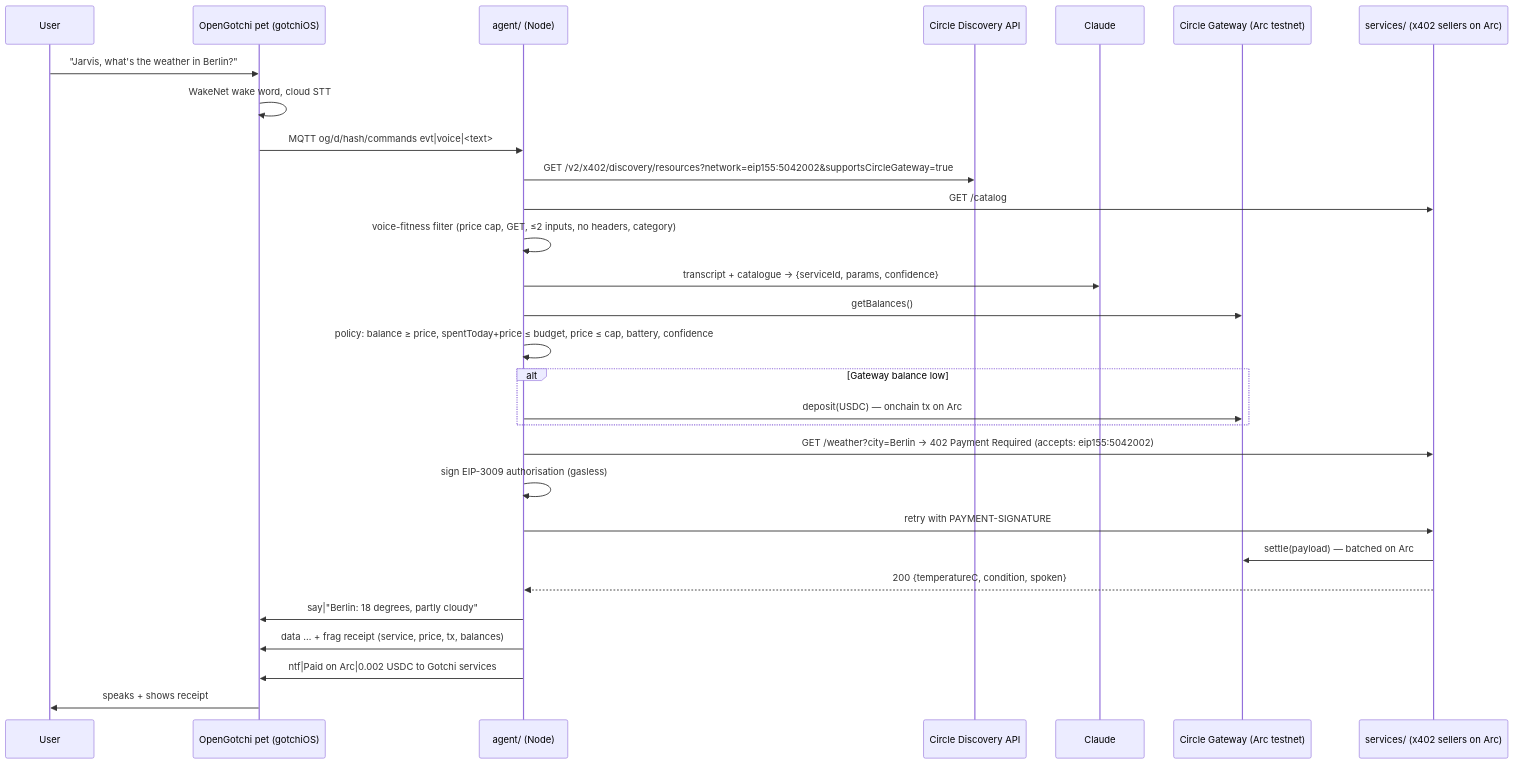
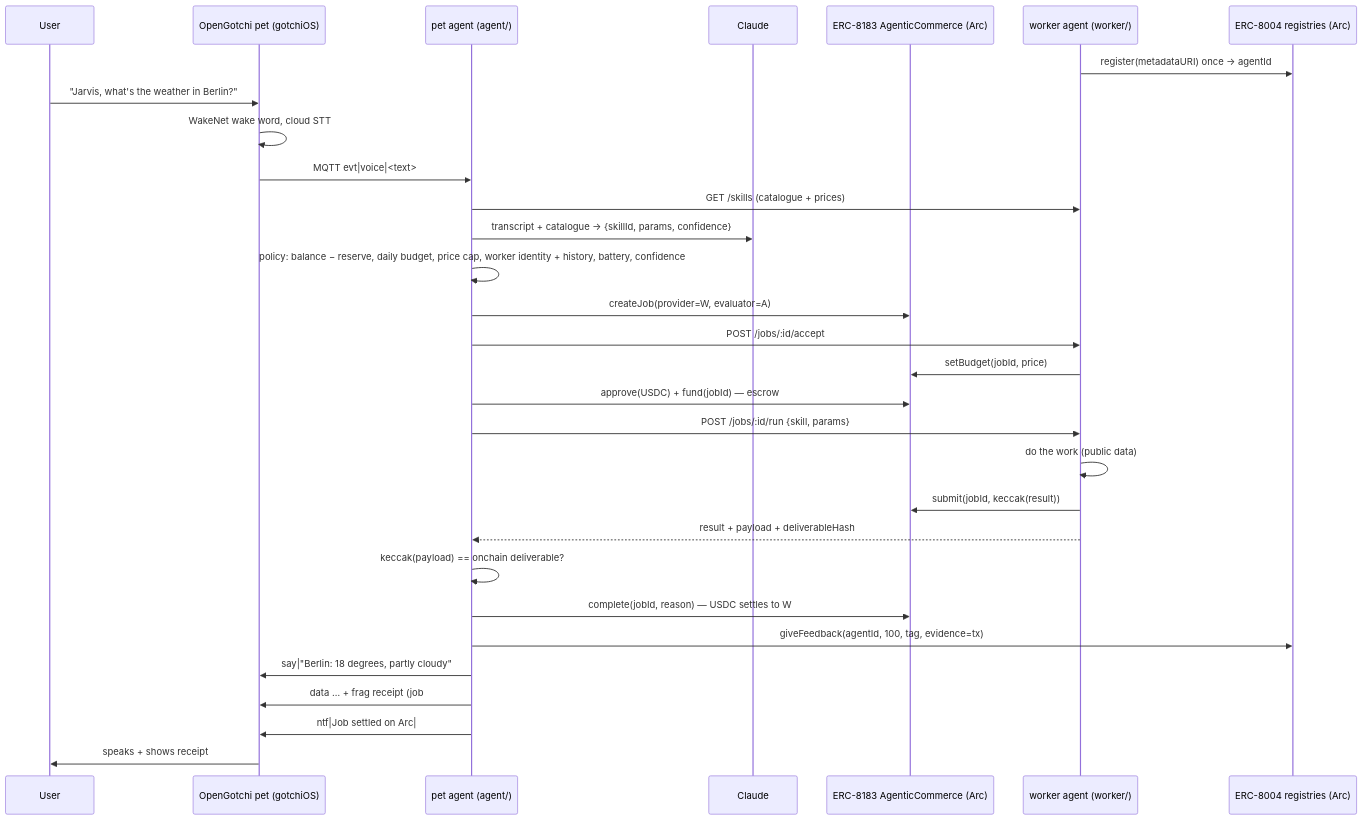
The diagram in docs/architecture.md (Pranav9931/opengotchi-ethonline), drawn with Mermaid before and after one commit. The commit also changed other lines of this file and 1 other file, not shown here.

Commit message:
Docs: Arc job flow README, sequence diagram, decision table
Claude-Session: https://claude.ai/code/session_01TGSpRW9T8FDNNRZihimWx3

````diff
--- a/docs/architecture.md
+++ b/docs/architecture.md
@@ -3,32 +3,33 @@
 ```mermaid
 sequenceDiagram
     participant U as User
     participant P as OpenGotchi pet (gotchiOS)
-    participant A as agent/ (Node)
-    participant D as Circle Discovery API
+    participant A as pet agent (agent/)
     participant C as Claude
-    participant G as Circle Gateway (Arc testnet)
-    participant S as services/ (x402 sellers on Arc)
+    participant J as ERC-8183 AgenticCommerce (Arc)
+    participant W as worker agent (worker/)
+    participant R as ERC-8004 registries (Arc)
 
+    W->>R: register(metadataURI) once → agentId
     U->>P: "Jarvis, what's the weather in Berlin?"
     P->>P: WakeNet wake word, cloud STT
-    P->>A: MQTT og/d/hash/commands  evt|voice|<text>
-    A->>D: GET /v2/x402/discovery/resources?network=eip155:5042002&supportsCircleGateway=true
-    A->>S: GET /catalog
-    A->>A: voice-fitness filter (price cap, GET, ≤2 inputs, no headers, category)
-    A->>C: transcript + catalogue → {serviceId, params, confidence}
-    A->>G: getBalances()
-    A->>A: policy: balance ≥ price, spentToday+price ≤ budget, price ≤ cap, battery, confidence
-    alt Gateway balance low
-        A->>G: deposit(USDC)  — onchain tx on Arc
-    end
-    A->>S: GET /weather?city=Berlin  → 402 Payment Required (accepts: eip155:5042002)
-    A->>A: sign EIP-3009 authorisation (gasless)
-    A->>S: retry with PAYMENT-SIGNATURE
-    S->>G: settle(payload)  — batched on Arc
-    S-->>A: 200 {temperatureC, condition, spoken}
+    P->>A: MQTT evt|voice|<text>
+    A->>W: GET /skills (catalogue + prices)
+    A->>C: transcript + catalogue → {skillId, params, confidence}
+    A->>A: policy: balance − reserve, daily budget, price cap, worker identity + history, battery, confidence
+    A->>J: createJob(provider=W, evaluator=A)
+    A->>W: POST /jobs/:id/accept
+    W->>J: setBudget(jobId, price)
+    A->>J: approve(USDC) + fund(jobId)  — escrow
+    A->>W: POST /jobs/:id/run {skill, params}
+    W->>W: do the work (public data)
+    W->>J: submit(jobId, keccak(result))
+    W-->>A: result + payload + deliverableHash
+    A->>A: keccak(payload) == onchain deliverable?
+    A->>J: complete(jobId, reason)  — USDC settles to W
+    A->>R: giveFeedback(agentId, 100, tag, evidence=tx)
     A->>P: say|"Berlin: 18 degrees, partly cloudy"
-    A->>P: data … + frag receipt (service, price, tx, balances)
-    A->>P: ntf|Paid on Arc|0.002 USDC to Gotchi services
+    A->>P: data … + frag receipt (job #, tx, balance, today)
+    A->>P: ntf|Job settled on Arc|#12 weather · 0.02 USDC
     P->>U: speaks + shows receipt
 ```
````
